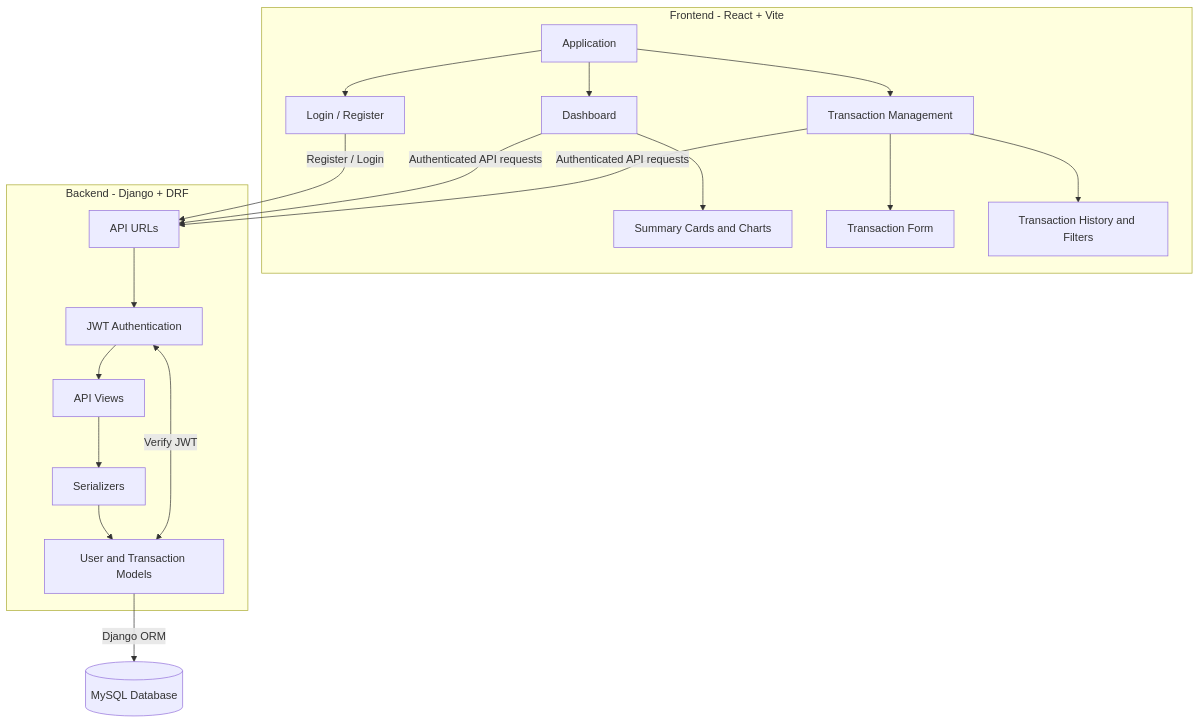
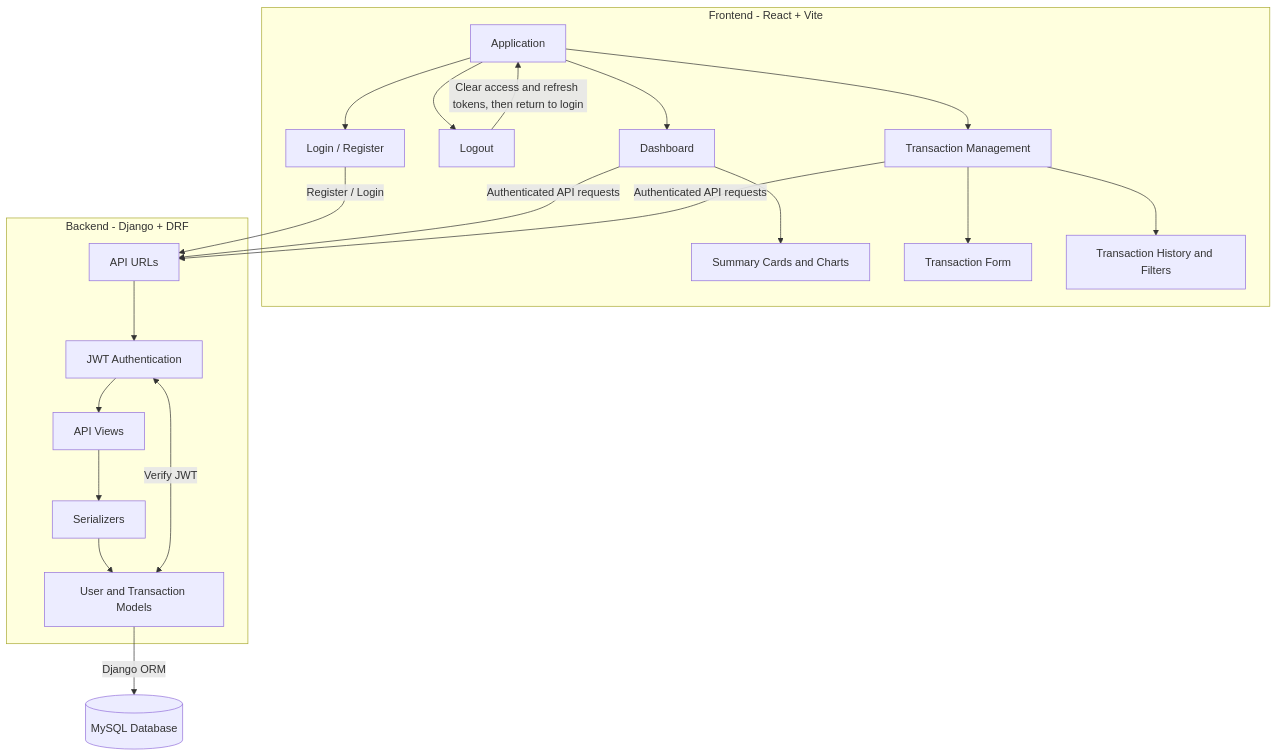
One commit to schak04/personal-expense-tracker changed the first of 3 diagrams in README.md. Above: the diagram before and after it, drawn with Mermaid. The commit also changed other lines of this file, not shown here.

````diff
--- a/README.md
+++ b/README.md
@@ -19,40 +19,43 @@
 ```mermaid
 flowchart TB
     subgraph FE["Frontend - React + Vite"]
         APP["Application"]
         AUTH["Login / Register"]
+        LOGOUT["Logout"]
         DASH["Dashboard"]
         TRANS["Transaction Management"]
         CHART["Summary Cards and Charts"]
         FORM["Transaction Form"]
         LIST["Transaction History and Filters"]
 
         APP --> AUTH
+        APP --> LOGOUT
         APP --> DASH
         APP --> TRANS
         DASH --> CHART
         TRANS --> FORM
         TRANS --> LIST
     end
 
     subgraph BE["Backend - Django + DRF"]
         URL["API URLs"]
         AUTHM["JWT Authentication"]
         VIEW["API Views"]
         SERIAL["Serializers"]
         MODEL["User and Transaction Models"]
 
         URL --> AUTHM
         AUTHM --> VIEW
         VIEW --> SERIAL
         SERIAL --> MODEL
     end
 
     DB[("MySQL Database")]
 
     AUTH -->|"Register / Login"| URL
+    LOGOUT -->|"Clear access and refresh tokens, then return to login"| APP
     DASH -->|"Authenticated API requests"| URL
     TRANS -->|"Authenticated API requests"| URL
     AUTHM <-->|"Verify JWT"| MODEL
     MODEL -->|"Django ORM"| DB
 ```
````
